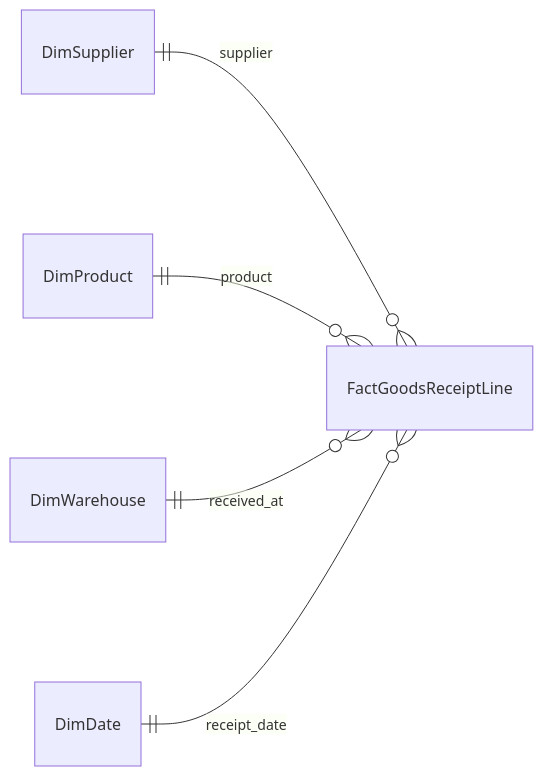
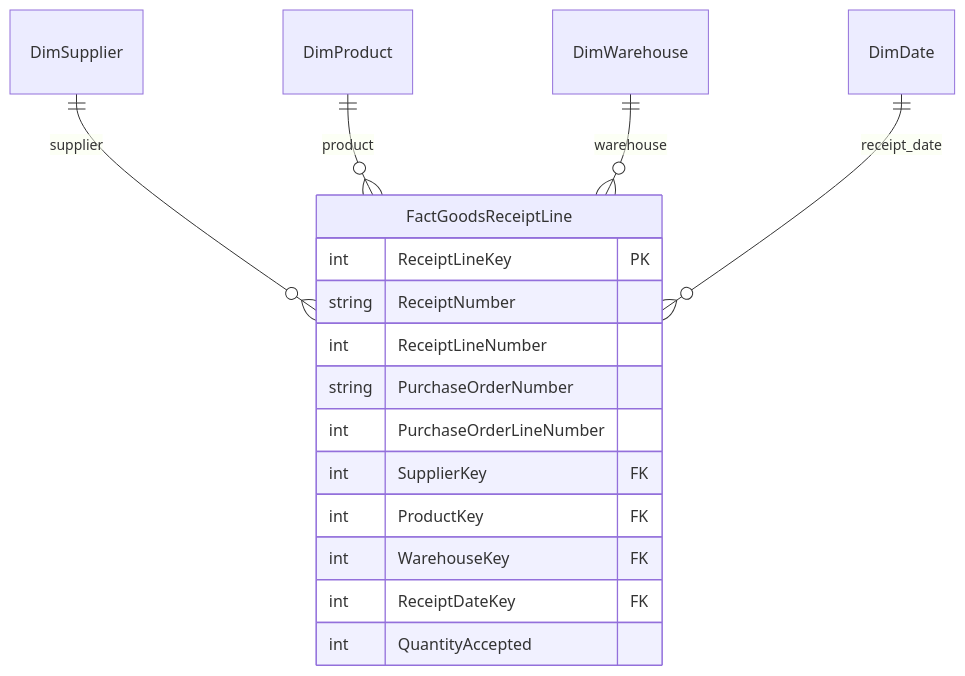
The second of 5 diagrams in 25-days-of-data-analytics/day-02-database-design-dml-null/logistics-supply-chain-design/README.md (ZeadRN/20-Days-SQL-Challenge), drawn with Mermaid before and after one commit. The commit also changed other lines of this file, not shown here.

````diff
--- a/25-days-of-data-analytics/day-02-database-design-dml-null/logistics-supply-chain-design/README.md
+++ b/25-days-of-data-analytics/day-02-database-design-dml-null/logistics-supply-chain-design/README.md
@@ -107,8 +97,20 @@
 ```mermaid
 erDiagram
-    direction LR
+    direction TB
     DimSupplier ||--o{ FactGoodsReceiptLine : supplier
     DimProduct ||--o{ FactGoodsReceiptLine : product
-    DimWarehouse ||--o{ FactGoodsReceiptLine : received_at
+    DimWarehouse ||--o{ FactGoodsReceiptLine : warehouse
     DimDate ||--o{ FactGoodsReceiptLine : receipt_date
+    FactGoodsReceiptLine {
+        int ReceiptLineKey PK
+        string ReceiptNumber
+        int ReceiptLineNumber
+        string PurchaseOrderNumber
+        int PurchaseOrderLineNumber
+        int SupplierKey FK
+        int ProductKey FK
+        int WarehouseKey FK
+        int ReceiptDateKey FK
+        int QuantityAccepted
+    }
 ```
````
